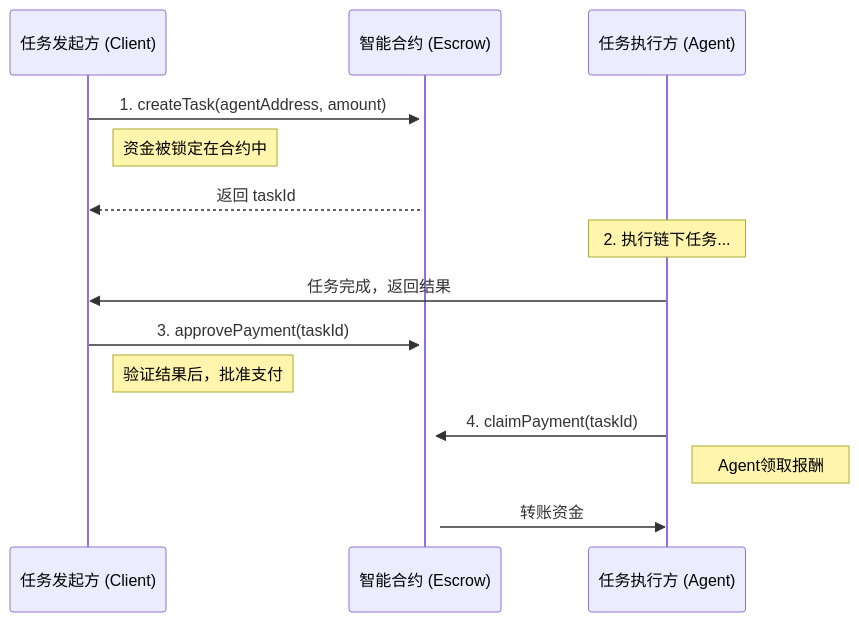
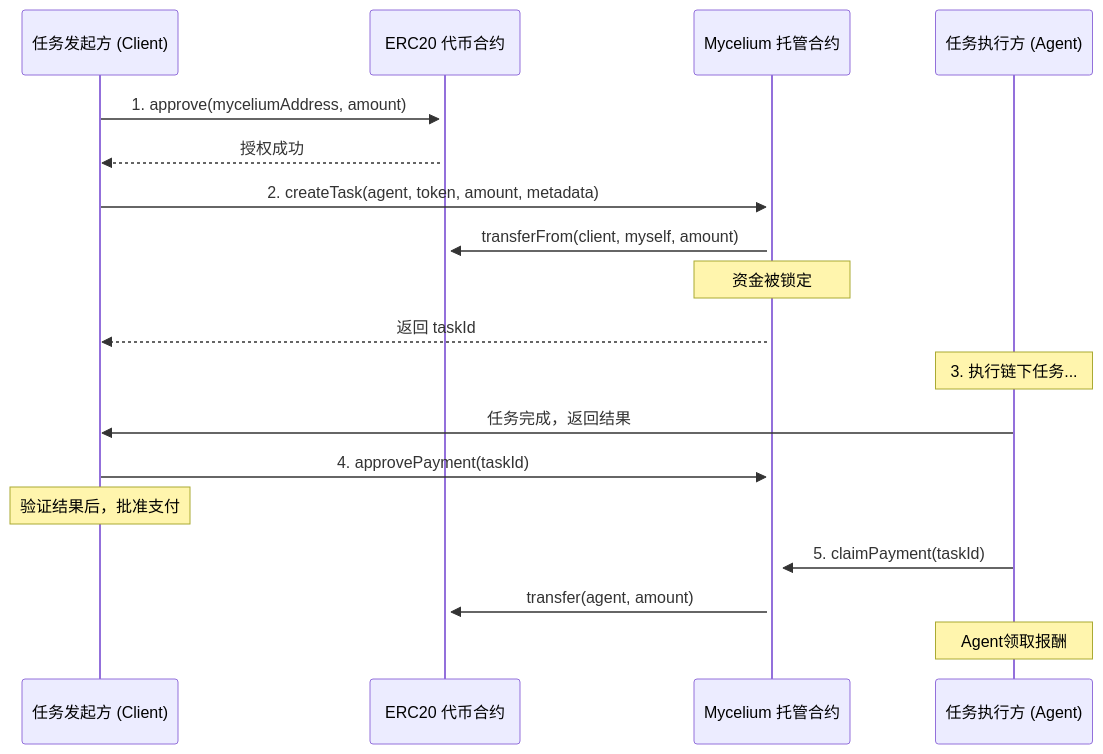
The diagram in README.md (PeterFile/Mycelium-Protocol), drawn with Mermaid before and after one commit. The commit also changed other lines of this file, not shown here.

````diff
--- a/README.md
+++ b/README.md
@@ -20,20 +39,25 @@
 ```mermaid
 sequenceDiagram
     participant Client as 任务发起方 (Client)
-    participant Contract as 智能合约 (Escrow)
+    participant Token as ERC20 代币合约
+    participant Mycelium as Mycelium 托管合约
     participant Agent as 任务执行方 (Agent)
 
-    Client->>+Contract: 1. createTask(agentAddress, amount)
-    Note right of Client: 资金被锁定在合约中
-    Contract-->>Client: 返回 taskId
+    Client->>+Token: 1. approve(myceliumAddress, amount)
+    Token-->>Client: 授权成功
 
-    Note over Agent: 2. 执行链下任务...
+    Client->>+Mycelium: 2. createTask(agent, token, amount, metadata)
+    Mycelium->>Token: transferFrom(client, myself, amount)
+    Note over Mycelium: 资金被锁定
+    Mycelium-->>Client: 返回 taskId
+
+    Note over Agent: 3. 执行链下任务...
     Agent->>Client: 任务完成，返回结果
 
-    Client->>+Contract: 3. approvePayment(taskId)
-    Note right of Client: 验证结果后，批准支付
+    Client->>+Mycelium: 4. approvePayment(taskId)
+    Note over Client: 验证结果后，批准支付
 
-    Agent->>+Contract: 4. claimPayment(taskId)
-    Note right of Agent: Agent领取报酬
-    Contract->>Agent: 转账资金
+    Agent->>+Mycelium: 5. claimPayment(taskId)
+    Mycelium->>Token: transfer(agent, amount)
+    Note over Agent: Agent领取报酬
 ```
````
